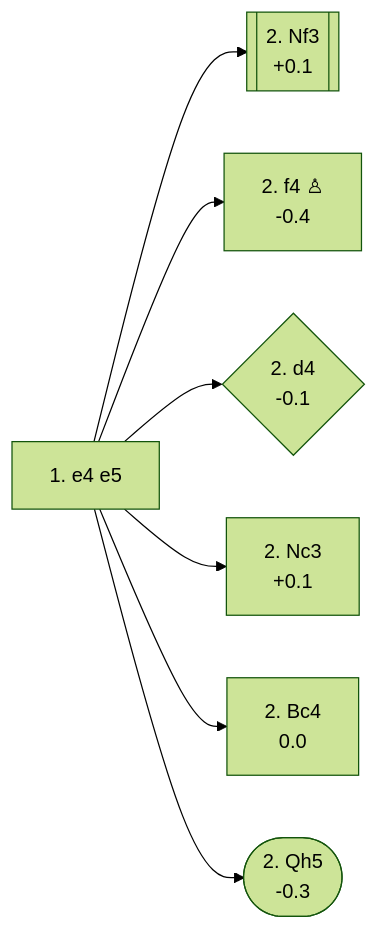
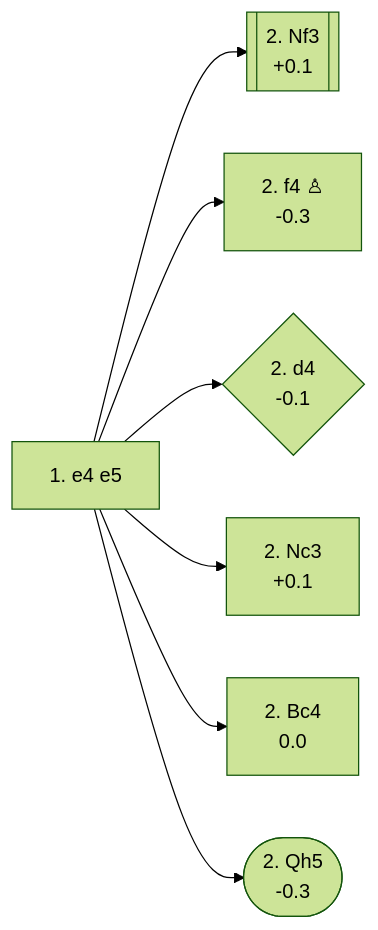
The diagram in e4_openings/C20_e4_e5_KPG.md (onclemarcel/chess_flashcards), drawn with Mermaid (forest theme) before and after one commit. The commit also changed 7 other files, not shown here.

````diff
--- a/e4_openings/C20_e4_e5_KPG.md
+++ b/e4_openings/C20_e4_e5_KPG.md
@@ -12,20 +12,20 @@
 ```mermaid
 flowchart LR
     classDef main stroke-width:3px;
 
     e5["1. e4 e5"]
     click e5 "#_initial_move_" "C20 · King's Pawn Game"
 
     e5 --> Nf3[["2. Nf3<br/>+0.1"]]
     click Nf3 "https://github.com/onclemarcel/chess_flashcards/blob/main/e4_openings/C40_Nf3_King_Knight.md" "C40 · King's Knight Opening"
-    e5 --> f4["2. f4 ♙<br/>-0.4"]
+    e5 --> f4["2. f4 ♙<br/>-0.3"]
     click f4 "https://github.com/onclemarcel/chess_flashcards/blob/main/e4_openings/C30_f4_King_Gambit.md" "C30 · King's Gambit"
     e5 --> d4{"2. d4<br/>-0.1"}
     click d4 "https://github.com/onclemarcel/chess_flashcards/blob/main/e4_openings/C20_d4_Center_Game.md" "C20 · Center Game"
     e5 --> Nc3["2. Nc3<br/>+0.1"]
     click Nc3 "https://github.com/onclemarcel/chess_flashcards/blob/main/e4_openings/C25_Nc3_Vienna_Game.md" "C25 · Vienna Game"
     e5 --> Bc4["2. Bc4<br/>0.0"]
     click Bc4 "https://github.com/onclemarcel/chess_flashcards/blob/main/e4_openings/C23_Bc4_Bishop_Opening.md" "C23 · Bishop's Opening"
     e5 --> Qh5(["2. Qh5<br/>-0.3"])
     click Qh5 "https://github.com/onclemarcel/chess_flashcards/blob/main/e4_openings/C20_Qh5_Wayward_Queen.md" "C20 · King's Pawn Game: Wayward Queen Attack"
 ```
````
